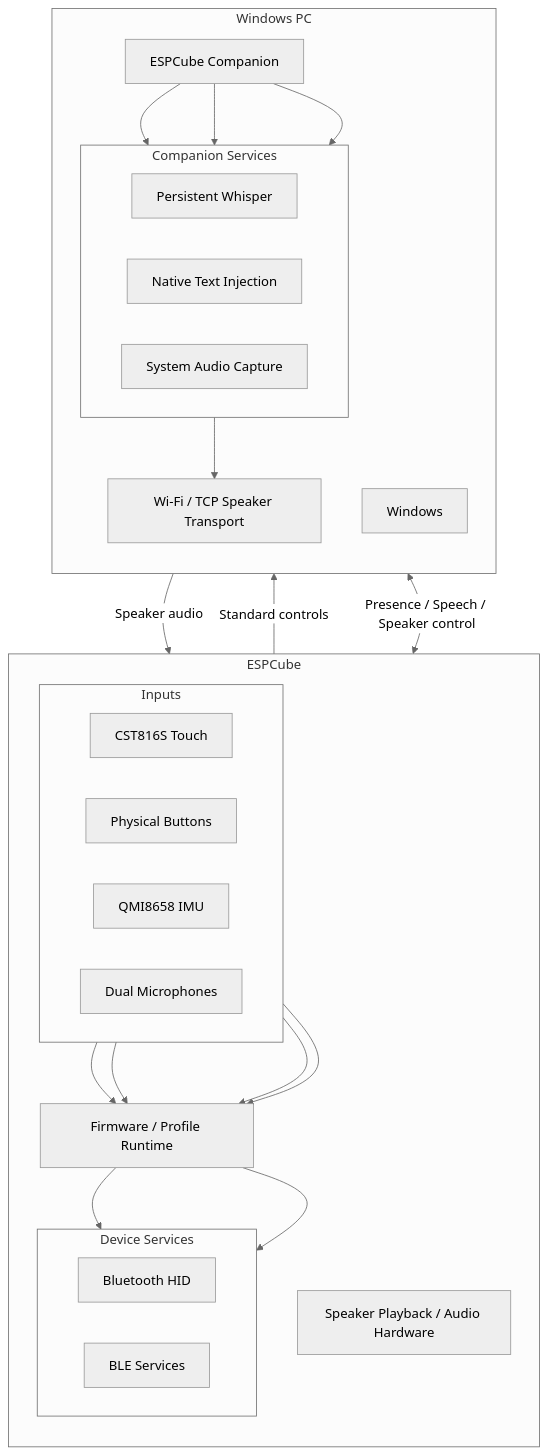
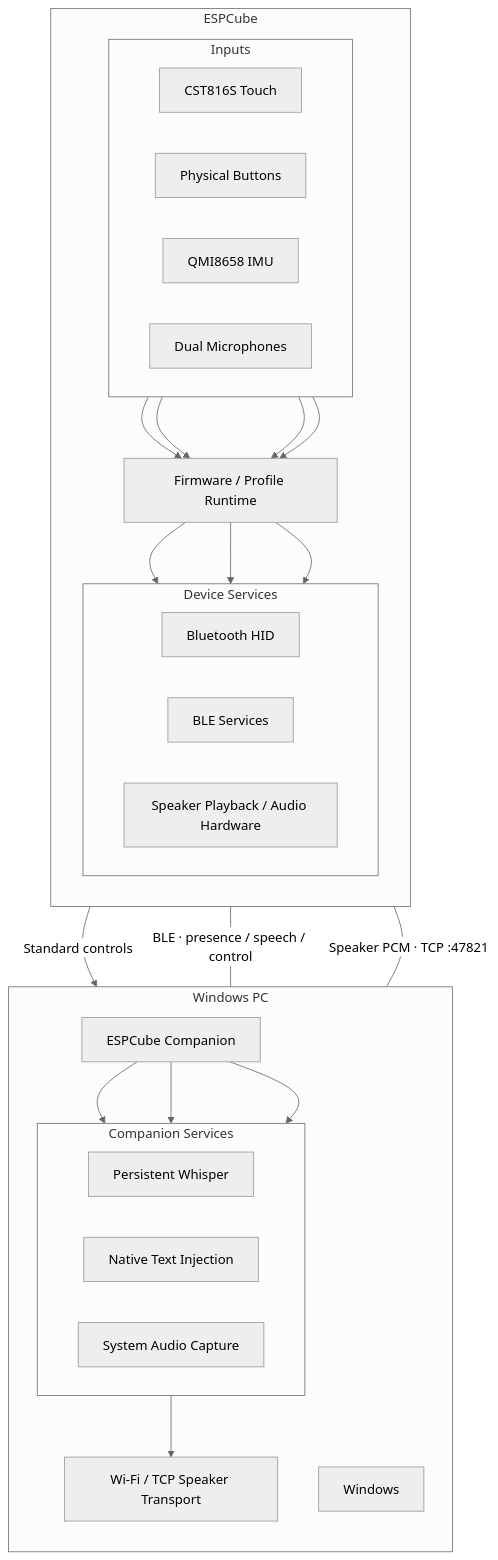
One commit to hasan-bukhari-dev/ESPCube changed the third of 5 diagrams in README.md. Above: the diagram before and after it, drawn with Mermaid (neutral theme).

````diff
--- a/README.md
+++ b/README.md
@@ -211,60 +211,60 @@
 ```mermaid
 flowchart TB
 
     subgraph CUBE["ESPCube"]
         direction TB
 
         subgraph INPUTS["Inputs"]
             direction LR
             TOUCH["CST816S Touch"]
             BUTTONS["Physical Buttons"]
             IMU["QMI8658 IMU"]
             MICS["Dual Microphones"]
         end
 
         FW["Firmware / Profile Runtime"]
 
         subgraph SERVICES["Device Services"]
             direction LR
             HID["Bluetooth HID"]
             BLE["BLE Services"]
+            AUDIO["Speaker Playback / Audio Hardware"]
         end
-
-        AUDIO["Speaker Playback / Audio Hardware"]
 
         TOUCH --> FW
         BUTTONS --> FW
         IMU --> FW
         MICS --> FW
 
         FW --> HID
         FW --> BLE
+        FW --> AUDIO
     end
 
 
     subgraph PC["Windows PC"]
         direction TB
 
         WINDOWS["Windows"]
         COMP["ESPCube Companion"]
 
         subgraph HOST["Companion Services"]
             direction LR
             WHISPER["Persistent Whisper"]
             INPUT["Native Text Injection"]
             CAPTURE["System Audio Capture"]
         end
 
         TCP["Wi-Fi / TCP Speaker Transport"]
 
         COMP --> WHISPER
         COMP --> INPUT
         COMP --> CAPTURE
         CAPTURE --> TCP
     end
 
 
     HID -->|"Standard controls"| WINDOWS
-    BLE <-->|"Presence / Speech / Speaker control"| COMP
-    TCP -->|"Speaker audio"| AUDIO
+    BLE ---|"BLE · presence / speech / control"| COMP
+    AUDIO ---|"Speaker PCM · TCP :47821"| TCP
 ```
````
